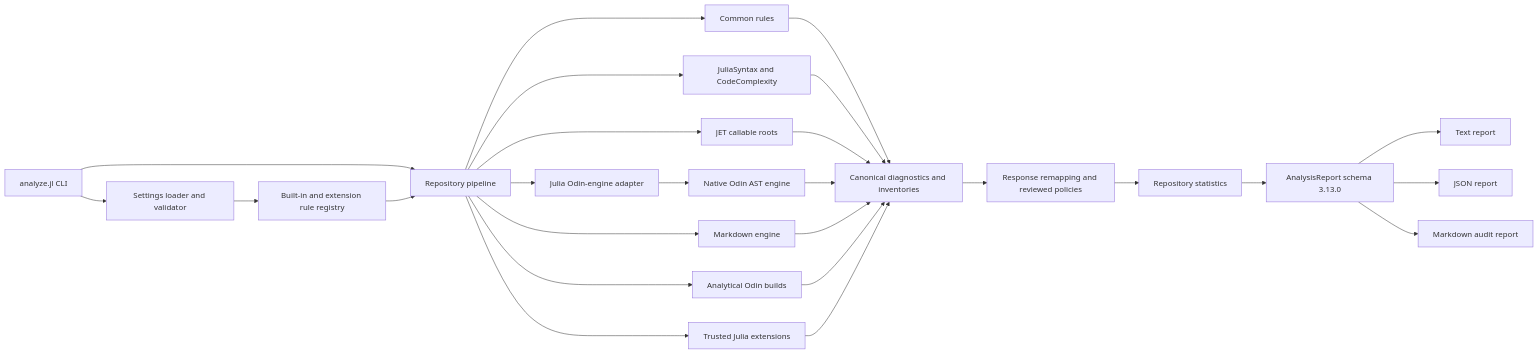
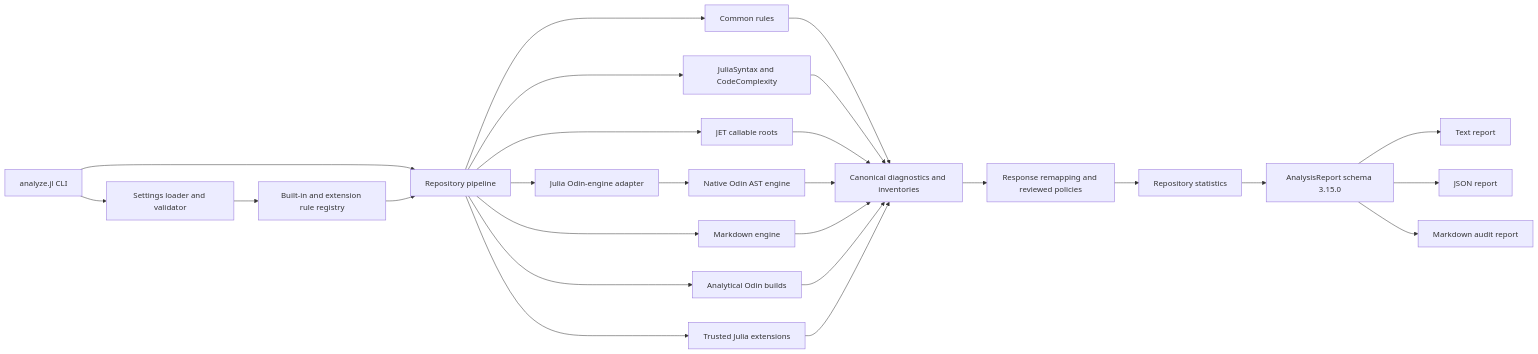
Before and after one commit to derekshoneycutt/OdinJuliaAnalysis: the first of 4 diagrams in README.md, drawn with Mermaid. The commit also changed other lines of this file and 12 other files, not shown here.

````diff
--- a/README.md
+++ b/README.md
@@ -148,31 +148,31 @@
 ```mermaid
 flowchart LR
     CLI[analyze.jl CLI] --> Settings[Settings loader and validator]
     CLI --> Pipeline[Repository pipeline]
     Settings --> Registry[Built-in and extension rule registry]
     Registry --> Pipeline
 
     Pipeline --> Common[Common rules]
     Pipeline --> Julia[JuliaSyntax and CodeComplexity]
     Pipeline --> JET[JET callable roots]
     Pipeline --> OdinBridge[Julia Odin-engine adapter]
     OdinBridge --> OdinNative[Native Odin AST engine]
     Pipeline --> Markdown[Markdown engine]
     Pipeline --> Builds[Analytical Odin builds]
     Pipeline --> Extensions[Trusted Julia extensions]
 
     Common --> Model[Canonical diagnostics and inventories]
     Julia --> Model
     JET --> Model
     OdinNative --> Model
     Markdown --> Model
     Builds --> Model
     Extensions --> Model
 
     Model --> Policy[Response remapping and reviewed policies]
     Policy --> Statistics[Repository statistics]
-    Statistics --> Report[AnalysisReport schema 3.13.0]
+    Statistics --> Report[AnalysisReport schema 3.15.0]
     Report --> Text[Text report]
     Report --> JSON[JSON report]
     Report --> MD[Markdown audit report]
 ```
````
